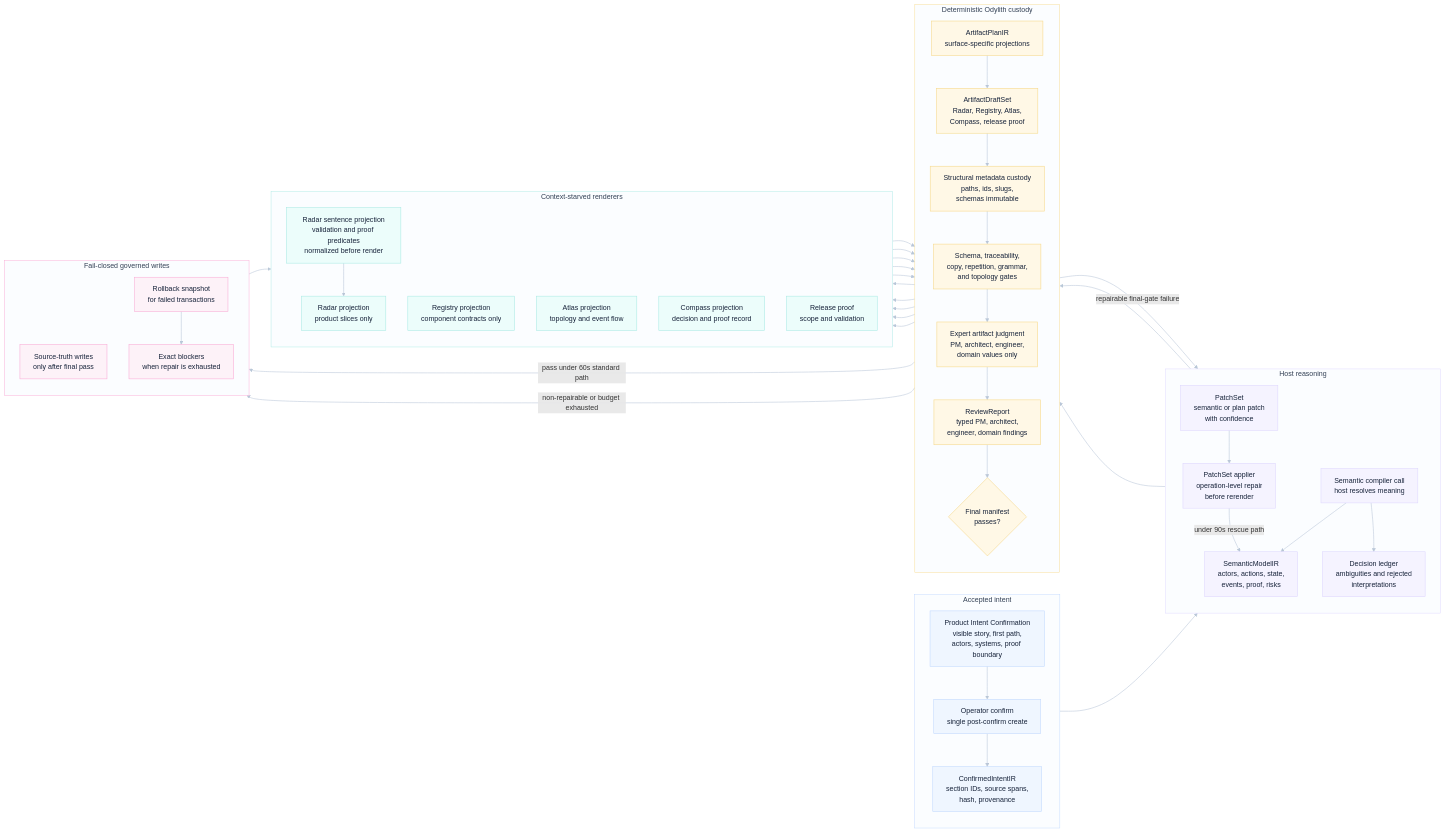
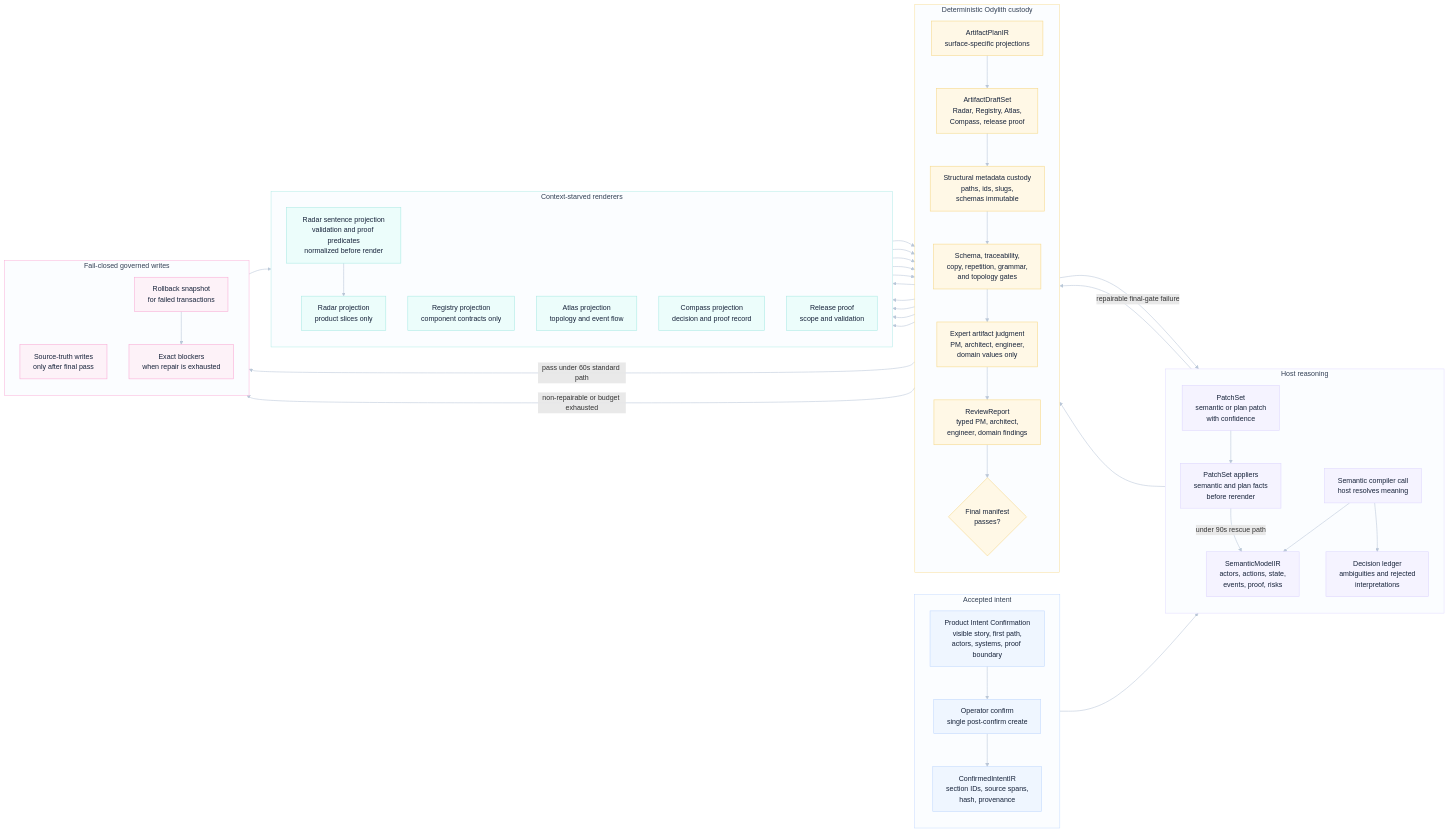
One commit to odylith/odylith changed the diagram in odylith/atlas/source/domain-intelligence-greenfield-governance.mmd. Above: the diagram before and after it, drawn with Mermaid. The commit also changed 43 other files, not shown here.

Commit message:
Execute greenfield plan patches and preserve recovery facts

```diff
--- a/odylith/atlas/source/domain-intelligence-greenfield-governance.mmd
+++ b/odylith/atlas/source/domain-intelligence-greenfield-governance.mmd
@@ -1,85 +1,85 @@
 flowchart LR
     subgraph confirmation_lane["Accepted intent"]
       direction TB
       visible_intent["Product Intent Confirmation<br/>visible story, first path,<br/>actors, systems, proof boundary"]
       confirm["Operator confirm<br/>single post-confirm create"]
       confirmed_ir["ConfirmedIntentIR<br/>section IDs, source spans,<br/>hash, provenance"]
     end
 
     subgraph reasoning_lane["Host reasoning"]
       direction TB
       semantic_compile["Semantic compiler call<br/>host resolves meaning"]
       semantic_ir["SemanticModelIR<br/>actors, actions, state,<br/>events, proof, risks"]
       decision_ledger["Decision ledger<br/>ambiguities and rejected<br/>interpretations"]
       patchset["PatchSet<br/>semantic or plan patch<br/>with confidence"]
-      patch_apply["PatchSet applier<br/>operation-level repair<br/>before rerender"]
+      patch_apply["PatchSet appliers<br/>semantic and plan facts<br/>before rerender"]
     end
 
     subgraph custody_lane["Deterministic Odylith custody"]
       direction TB
       plan_ir["ArtifactPlanIR<br/>surface-specific projections"]
       draft_set["ArtifactDraftSet<br/>Radar, Registry, Atlas,<br/>Compass, release proof"]
       structural_guard["Structural metadata custody<br/>paths, ids, slugs,<br/>schemas immutable"]
       validators["Schema, traceability,<br/>copy, repetition, grammar,<br/>and topology gates"]
       expert_judgment["Expert artifact judgment<br/>PM, architect, engineer,<br/>domain values only"]
       review_report["ReviewReport<br/>typed PM, architect,<br/>engineer, domain findings"]
       transaction{"Final manifest<br/>passes?"}
     end
 
     subgraph projection_lane["Context-starved renderers"]
       direction TB
       radar_sentence["Radar sentence projection<br/>validation and proof predicates<br/>normalized before render"]
       radar["Radar projection<br/>product slices only"]
       registry["Registry projection<br/>component contracts only"]
       atlas["Atlas projection<br/>topology and event flow"]
       compass["Compass projection<br/>decision and proof record"]
       release["Release proof<br/>scope and validation"]
     end
 
     subgraph write_lane["Fail-closed governed writes"]
       direction TB
       writes["Source-truth writes<br/>only after final pass"]
       rollback["Rollback snapshot<br/>for failed transactions"]
       blockers["Exact blockers<br/>when repair is exhausted"]
     end
 
     visible_intent --> confirm --> confirmed_ir
     confirmed_ir --> semantic_compile --> semantic_ir
     semantic_compile --> decision_ledger
     semantic_ir --> plan_ir --> draft_set
     plan_ir --> radar_sentence --> radar
     plan_ir --> registry
     plan_ir --> atlas
     plan_ir --> compass
     plan_ir --> release
     radar --> draft_set
     registry --> draft_set
     atlas --> draft_set
     compass --> draft_set
     release --> draft_set
     draft_set --> structural_guard --> validators --> expert_judgment --> review_report --> transaction
     transaction -- "pass under 60s standard path" --> writes
     transaction -- "repairable final-gate failure" --> patchset
     patchset --> patch_apply
     patch_apply -- "under 90s rescue path" --> semantic_ir
     patch_apply --> plan_ir
     transaction -- "non-repairable or budget exhausted" --> rollback --> blockers
     writes --> compass
 
     classDef intent fill:#EFF6FF,stroke:#BFD7FE,color:#17233A,stroke-width:1.2px;
     classDef reasoning fill:#F5F3FF,stroke:#DDD6FE,color:#17233A,stroke-width:1.2px;
     classDef custody fill:#FFF8E6,stroke:#F6D98B,color:#17233A,stroke-width:1.3px;
     classDef projection fill:#ECFDFB,stroke:#A7E9E3,color:#17233A,stroke-width:1.2px;
     classDef write fill:#FDF2F8,stroke:#F9A8D4,color:#17233A,stroke-width:1.2px;
     class visible_intent,confirm,confirmed_ir intent;
     class semantic_compile,semantic_ir,decision_ledger,patchset,patch_apply reasoning;
     class plan_ir,draft_set,structural_guard,validators,expert_judgment,review_report,transaction custody;
     class radar_sentence,radar,registry,atlas,compass,release projection;
     class writes,rollback,blockers write;
 
     style confirmation_lane fill:#FBFDFF,stroke:#BFD7FE,stroke-width:1px,color:#334155
     style reasoning_lane fill:#FBFDFF,stroke:#DDD6FE,stroke-width:1px,color:#334155
     style custody_lane fill:#FBFDFF,stroke:#F6D98B,stroke-width:1px,color:#334155
     style projection_lane fill:#FBFDFF,stroke:#A7E9E3,stroke-width:1px,color:#334155
     style write_lane fill:#FBFDFF,stroke:#F9A8D4,stroke-width:1px,color:#334155
     linkStyle default stroke:#B9C7D8,stroke-width:1.25px
```
